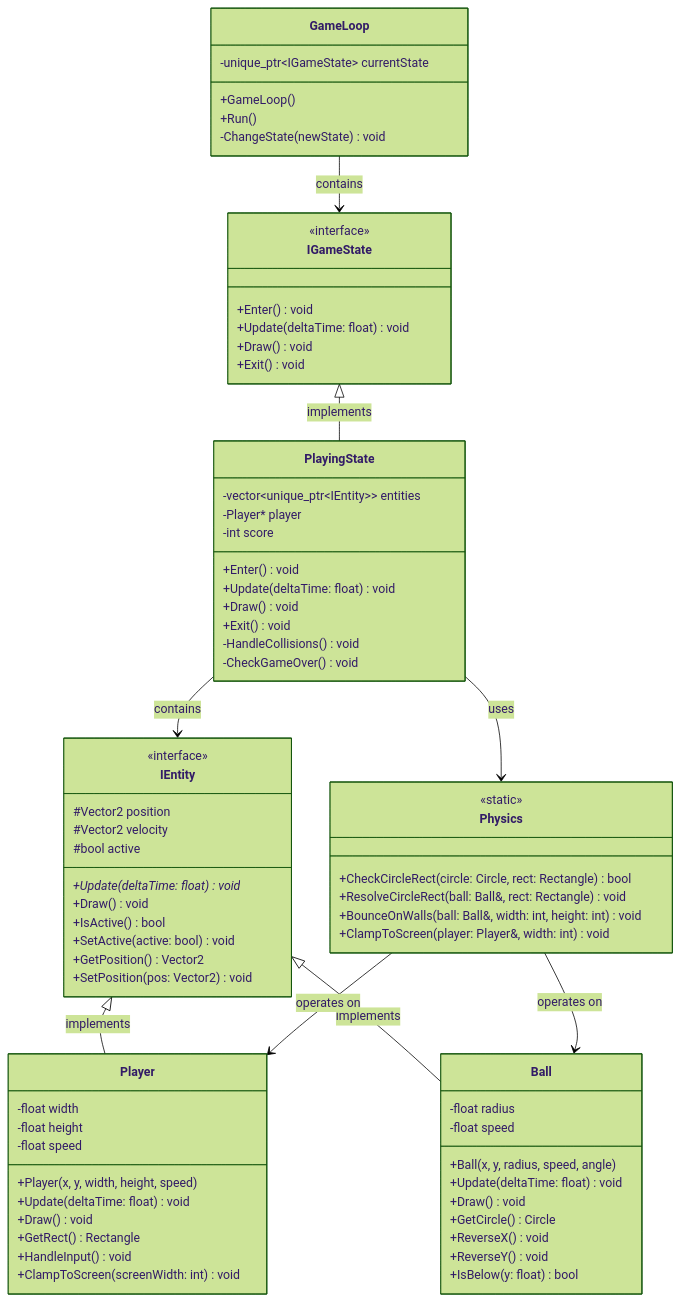
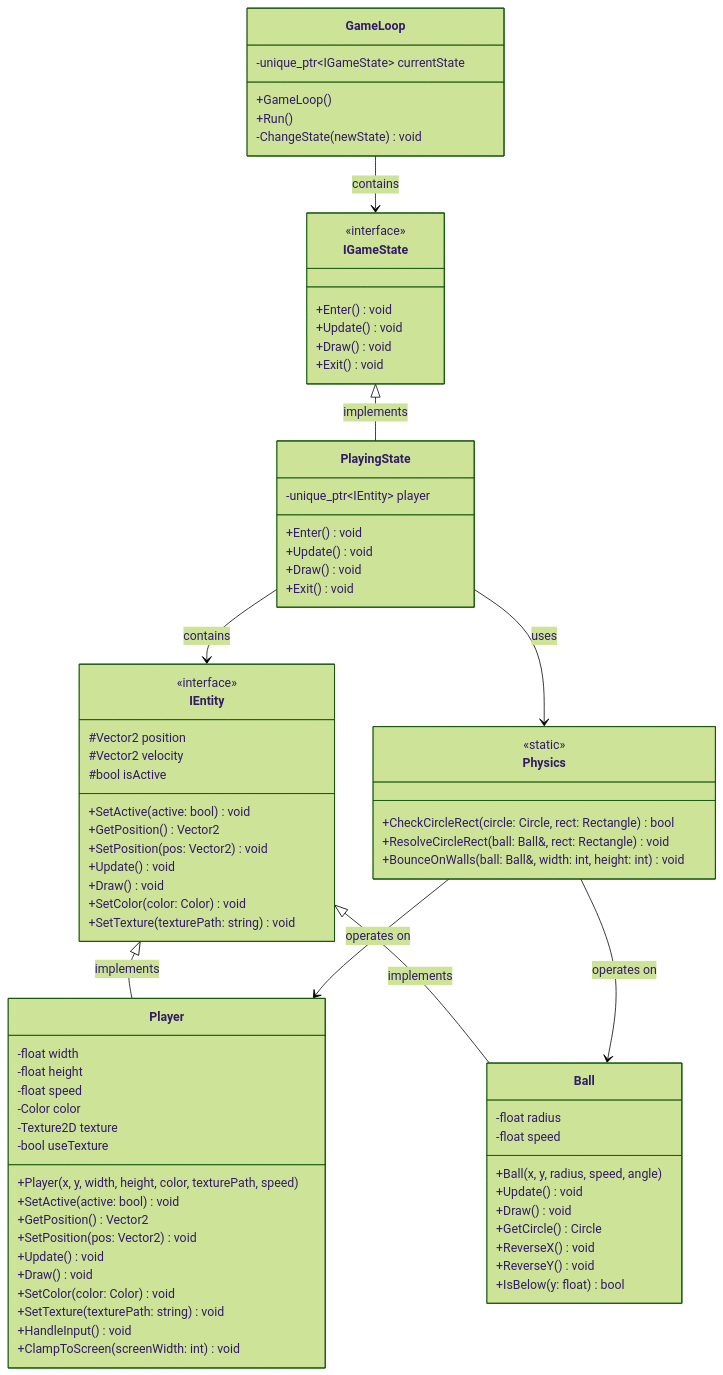
Before and after one commit to dciuca/cppang: the diagram in diagrams/classDiagram.md, drawn with Mermaid (forest theme). The commit also changed 5 other files, not shown here.

```diff
--- a/diagrams/classDiagram.md
+++ b/diagrams/classDiagram.md
@@ -10,44 +10,48 @@
     class IGameState {
         <<interface>>
         +Enter() void
-        +Update(deltaTime: float) void
+        +Update() void
         +Draw() void
         +Exit() void
     }
 
     class PlayingState {
-        -vector~unique_ptr~IEntity~~ entities
-        -Player* player
-        -int score
+        -unique_ptr~IEntity~ player
         +Enter() void
-        +Update(deltaTime: float) void
+        +Update() void
         +Draw() void
         +Exit() void
-        -HandleCollisions() void
-        -CheckGameOver() void
     }
 
     class IEntity {
         <<interface>>
         #Vector2 position
         #Vector2 velocity
-        #bool active
-        +Update(deltaTime: float) void*
-        +Draw() void
-        +IsActive() bool
+        #bool isActive
         +SetActive(active: bool) void
         +GetPosition() Vector2
         +SetPosition(pos: Vector2) void
+        +Update() void
+        +Draw() void
+        +SetColor(color: Color) void
+        +SetTexture(texturePath: string) void
     }
 
     class Player {
         -float width
         -float height
         -float speed
-        +Player(x, y, width, height, speed)
-        +Update(deltaTime: float) void
+        -Color color
+        -Texture2D texture
+        -bool useTexture
+        +Player(x, y, width, height, color, texturePath, speed)
+        +SetActive(active: bool) void
+        +GetPosition() Vector2
+        +SetPosition(pos: Vector2) void
+        +Update() void
         +Draw() void
-        +GetRect() Rectangle
+        +SetColor(color: Color) void
+        +SetTexture(texturePath: string) void
         +HandleInput() void
         +ClampToScreen(screenWidth: int) void
     }
@@ -56,7 +60,7 @@
         -float radius
         -float speed
         +Ball(x, y, radius, speed, angle)
-        +Update(deltaTime: float) void
+        +Update() void
         +Draw() void
         +GetCircle() Circle
         +ReverseX() void
@@ -69,7 +73,6 @@
         +CheckCircleRect(circle: Circle, rect: Rectangle) bool
         +ResolveCircleRect(ball: Ball&, rect: Rectangle) void
         +BounceOnWalls(ball: Ball&, width: int, height: int) void
-        +ClampToScreen(player: Player&, width: int) void
     }
 
     GameLoop --> IGameState : contains
```
